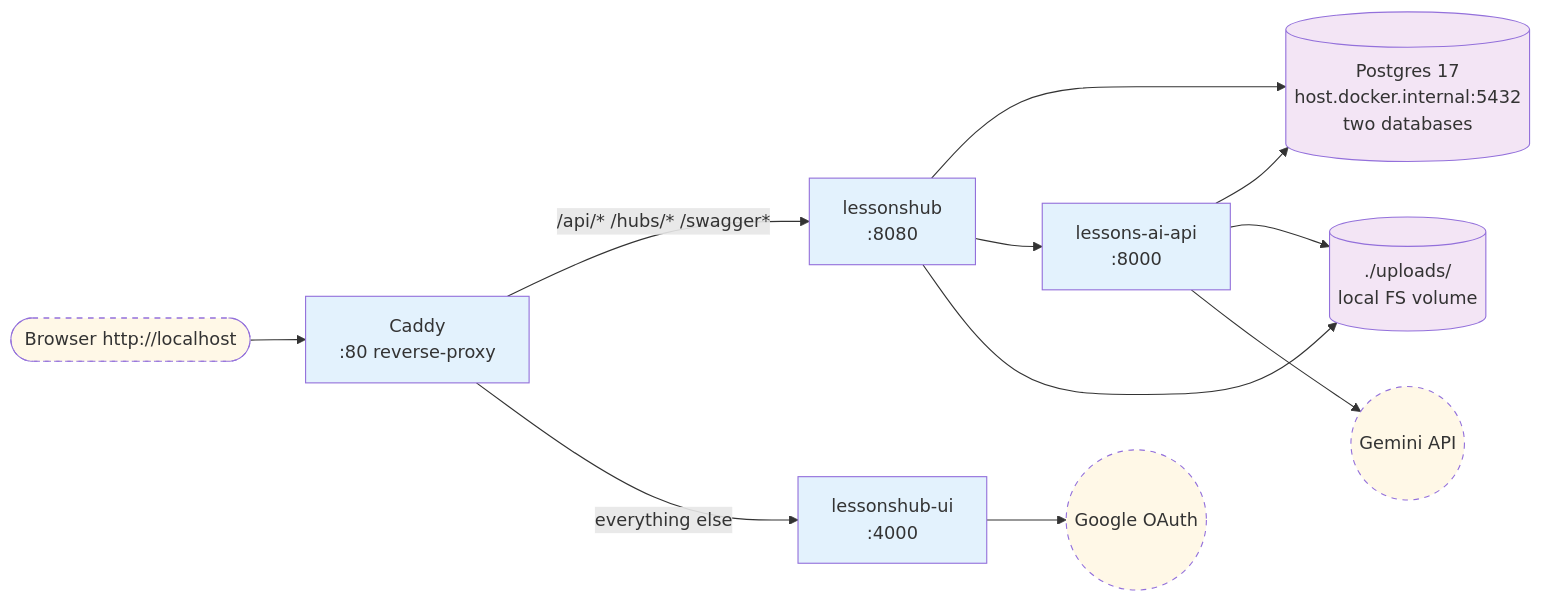
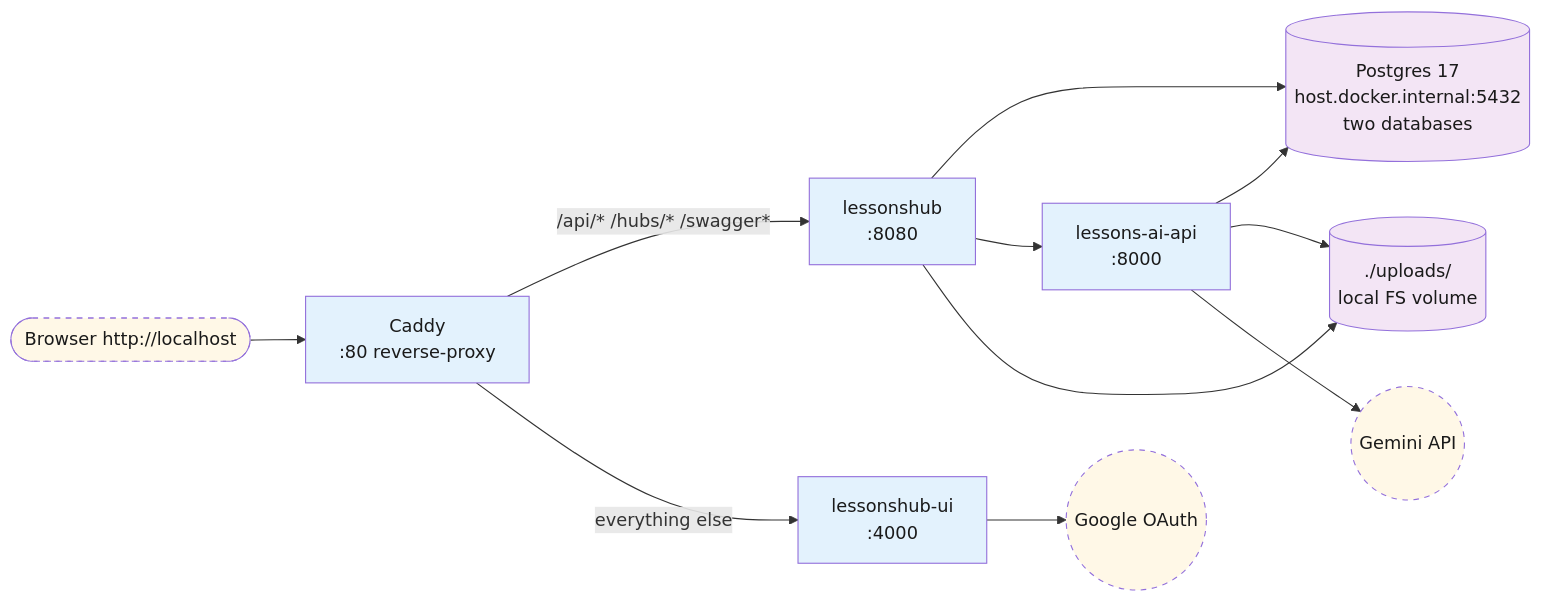
The second of 4 diagrams in diagrams/01-cloud-architecture.md (Dockdep/LessonHub), drawn with Mermaid before and after one commit. The commit also changed other lines of this file and 26 other files, not shown here.

````diff
--- a/diagrams/01-cloud-architecture.md
+++ b/diagrams/01-cloud-architecture.md
@@ -78,27 +78,27 @@
 ```mermaid
 flowchart LR
-  classDef external stroke-dasharray: 5 5,fill:#fff8e7
-  classDef internal fill:#e3f2fd
-  classDef data fill:#f3e5f5
+  classDef external stroke-dasharray: 5 5,fill:#fff8e7,color:#1a1a1a
+  classDef internal fill:#e3f2fd,color:#1a1a1a
+  classDef data fill:#f3e5f5,color:#1a1a1a
 
   user([Browser http://localhost]):::external
   caddy[Caddy<br/>:80 reverse-proxy]:::internal
   ui[lessonshub-ui<br/>:4000]:::internal
   api[lessonshub<br/>:8080]:::internal
   ai[lessons-ai-api<br/>:8000]:::internal
   pg[(Postgres 17<br/>host.docker.internal:5432<br/>two databases)]:::data
   uploads[(./uploads/<br/>local FS volume)]:::data
   google((Google OAuth)):::external
   gemini((Gemini API)):::external
 
   user --> caddy
   caddy -- /api/* /hubs/* /swagger* --> api
   caddy -- everything else --> ui
   ui --> google
   api --> pg
   api --> ai
   api --> uploads
   ai --> pg
   ai --> uploads
   ai --> gemini
 ```
````
